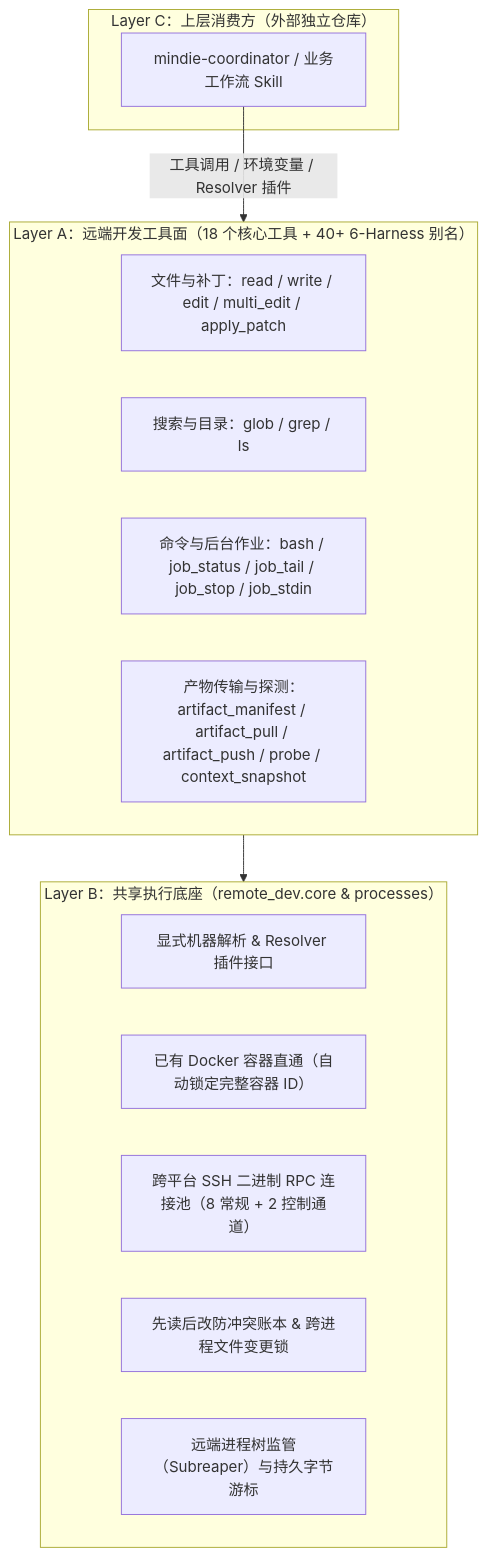
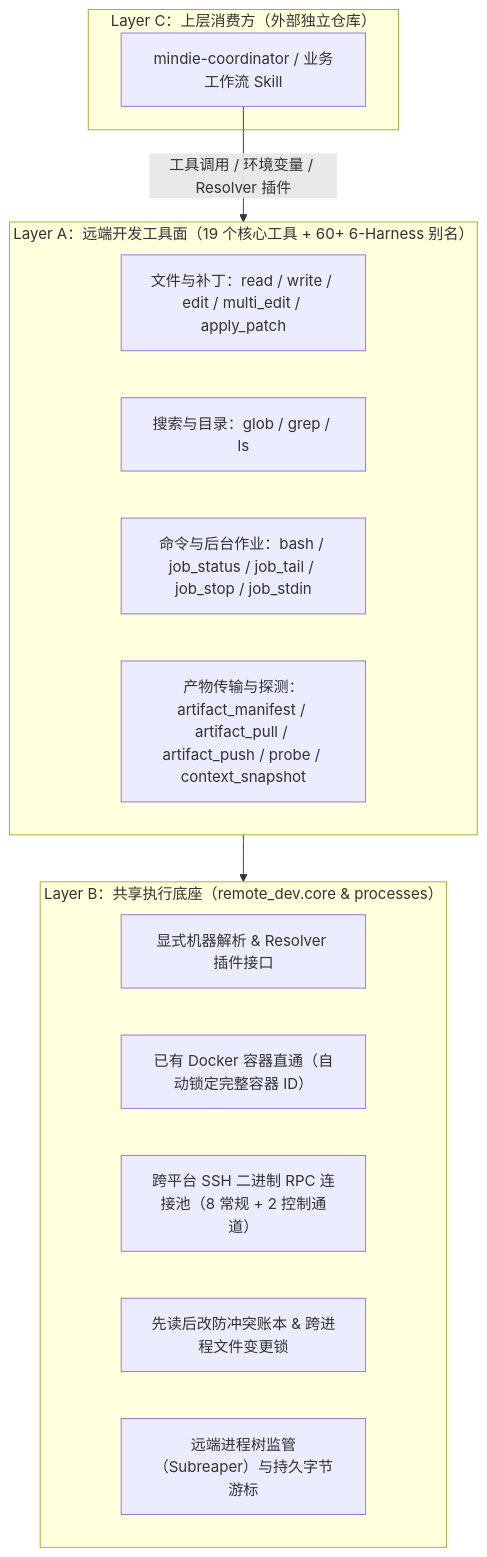
Before and after one commit to mindie-agent/remote-dev: the diagram in docs/design.zh.md, drawn with Mermaid. The commit also changed other lines of this file and 20 other files, not shown here.

````diff
--- a/docs/design.zh.md
+++ b/docs/design.zh.md
@@ -9,24 +9,24 @@
 ```mermaid
 flowchart TB
     subgraph LayerC["Layer C：上层消费方（外部独立仓库）"]
         Coord["mindie-coordinator / 业务工作流 Skill"]
     end
 
-    subgraph LayerA["Layer A：远端开发工具面（18 个核心工具 + 40+ 6-Harness 别名）"]
+    subgraph LayerA["Layer A：远端开发工具面（19 个核心工具 + 60+ 6-Harness 别名）"]
         FileTools["文件与补丁：read / write / edit / multi_edit / apply_patch"]
         SearchTools["搜索与目录：glob / grep / ls"]
         JobTools["命令与后台作业：bash / job_status / job_tail / job_stop / job_stdin"]
         SyncTools["产物传输与探测：artifact_manifest / artifact_pull / artifact_push / probe / context_snapshot"]
     end
 
     subgraph LayerB["Layer B：共享执行底座（remote_dev.core & processes）"]
         Endpoint["显式机器解析 & Resolver 插件接口"]
         Container["已有 Docker 容器直通（自动锁定完整容器 ID）"]
         RPCPool["跨平台 SSH 二进制 RPC 连接池（8 常规 + 2 控制通道）"]
         Safety["先读后改防冲突账本 & 跨进程文件变更锁"]
         Supervisor["远端进程树监管（Subreaper）与持久字节游标"]
     end
 
     Coord -->|"工具调用 / 环境变量 / Resolver 插件"| LayerA
     LayerA --> LayerB
 ```
````
